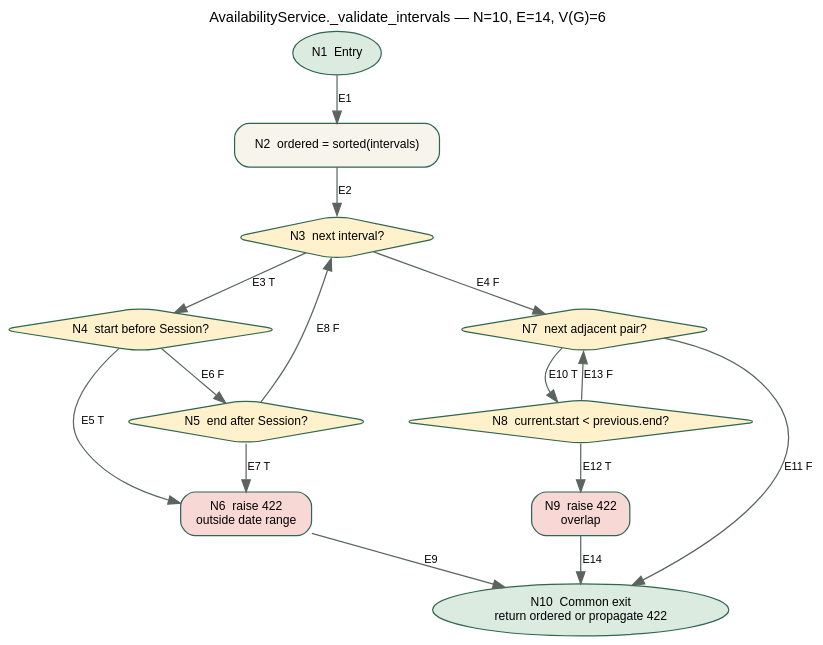
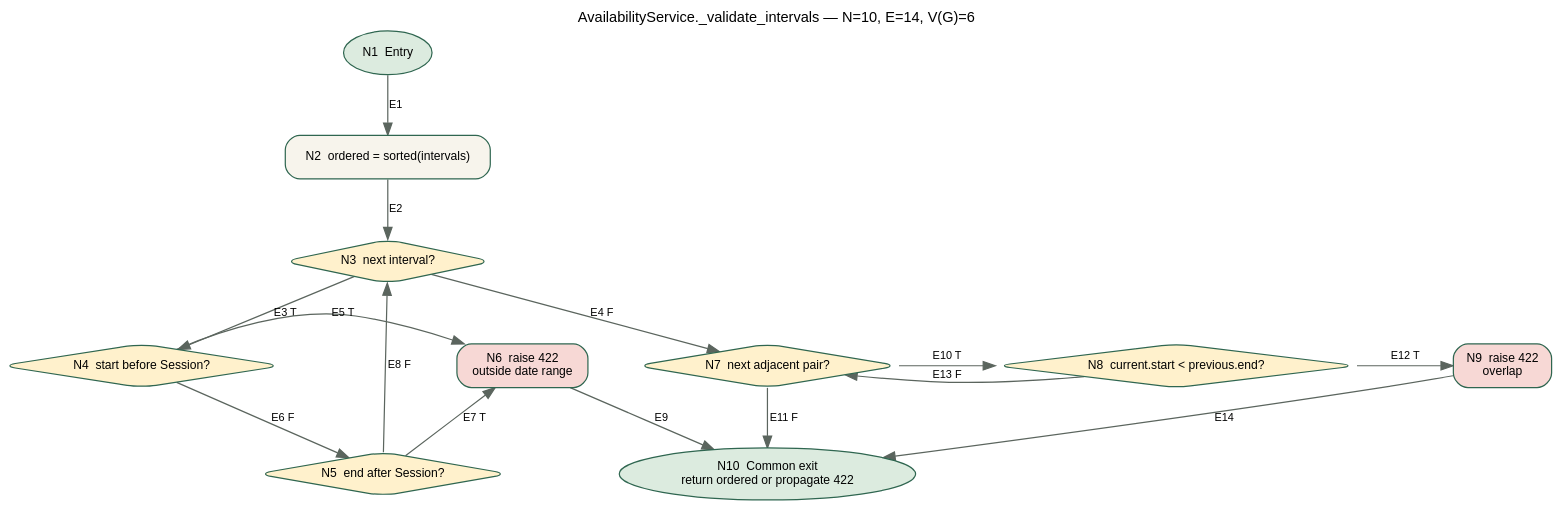
Before and after one commit to Ziru815/group-scheduling-production-pilot: the diagram in docs/lab4/cfg_validate_intervals.dot, drawn with Graphviz. The commit also changed 5 other files, not shown here.

```diff
--- a/docs/lab4/cfg_validate_intervals.dot
+++ b/docs/lab4/cfg_validate_intervals.dot
@@ -1,34 +1,38 @@
 digraph validate_intervals {
-  graph [rankdir=TB, bgcolor="transparent", pad=0.25, nodesep=0.32, ranksep=0.42,
+  graph [rankdir=TB, bgcolor="transparent", pad=0.30, nodesep=0.55, ranksep=0.55,
+         outputorder=edgesfirst,
          label="AvailabilityService._validate_intervals — N=10, E=14, V(G)=6", labelloc=t,
          fontname="Helvetica", fontsize=12];
   node [shape=box, style="rounded,filled", fillcolor="#F7F4EC", color="#2F6650",
         fontname="Helvetica", fontsize=10];
   edge [color="#5B655E", fontname="Helvetica", fontsize=9];
 
   N1 [label="N1  Entry", shape=oval, fillcolor="#DCEBDF"];
   N2 [label="N2  ordered = sorted(intervals)"];
   N3 [label="N3  next interval?", shape=diamond, fillcolor="#FFF1CC"];
   N4 [label="N4  start before Session?", shape=diamond, fillcolor="#FFF1CC"];
   N5 [label="N5  end after Session?", shape=diamond, fillcolor="#FFF1CC"];
   N6 [label="N6  raise 422\noutside date range", fillcolor="#F7D8D5"];
   N7 [label="N7  next adjacent pair?", shape=diamond, fillcolor="#FFF1CC"];
   N8 [label="N8  current.start < previous.end?", shape=diamond, fillcolor="#FFF1CC"];
   N9 [label="N9  raise 422\noverlap", fillcolor="#F7D8D5"];
   N10 [label="N10  Common exit\nreturn ordered or propagate 422", shape=oval, fillcolor="#DCEBDF"];
 
+  { rank=same; N4; N6; }
+  { rank=same; N7; N8; N9; }
+
   N1 -> N2 [label="E1"];
   N2 -> N3 [label="E2"];
   N3 -> N4 [label="E3 T"];
   N3 -> N7 [label="E4 F"];
   N4 -> N6 [label="E5 T"];
   N4 -> N5 [label="E6 F"];
   N5 -> N6 [label="E7 T"];
   N5 -> N3 [label="E8 F"];
   N6 -> N10 [label="E9"];
   N7 -> N8 [label="E10 T"];
   N7 -> N10 [label="E11 F"];
   N8 -> N9 [label="E12 T"];
   N8 -> N7 [label="E13 F"];
   N9 -> N10 [label="E14"];
 }
```
